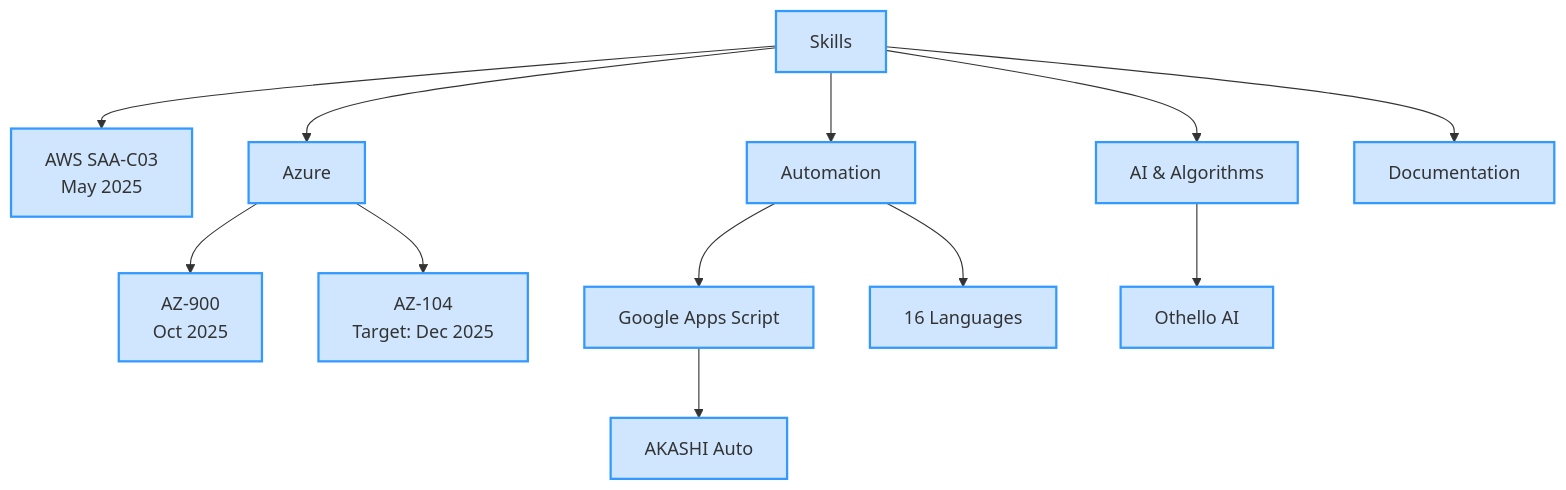
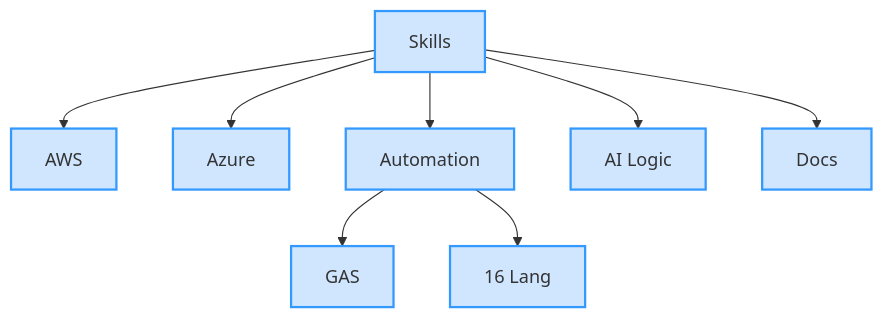
Before and after one commit to takeshiyoshida76-cell/takeshiyoshida76: the first of 2 diagrams in README.md, drawn with Mermaid. The commit also changed other lines of this file, not shown here.

````diff
--- a/README.md
+++ b/README.md
@@ -45,15 +46,11 @@
 ```mermaid
 graph TD
     classDef skill fill:#d0e6ff,stroke:#3399ff,stroke-width:2px;
-    B[Skills]:::skill --> B1[AWS SAA-C03<br>May 2025]:::skill
+    B[Skills]:::skill --> B1[AWS]:::skill
     B --> B2[Azure]:::skill
-    B2 --> B2a[AZ-900<br>Oct 2025]:::skill
-    B2 --> B2b[AZ-104<br>Target: Dec 2025]:::skill
     B --> B3[Automation]:::skill
-    B3 --> B3a[Google Apps Script]:::skill
-    B3a --> B3a1[AKASHI Auto]:::skill
-    B3 --> B3b[16 Languages]:::skill
-    B --> B4[AI & Algorithms]:::skill
-    B4 --> B4a[Othello AI]:::skill
-    B --> B5[Documentation]:::skill
+    B3 --> B3a[GAS]:::skill
+    B3 --> B3b[16 Lang]:::skill
+    B --> B4[AI Logic]:::skill
+    B --> B5[Docs]:::skill
 ```
````
